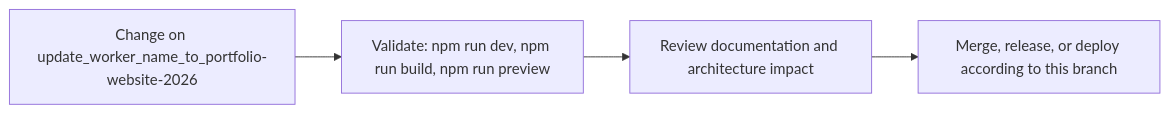
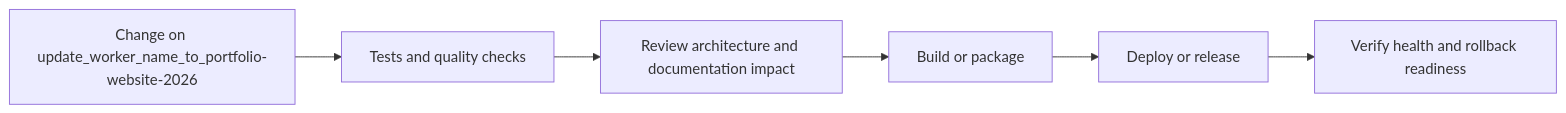
Before and after one commit to Nischhalsubba/nischhalsubba.com.np: the fourth of 5 diagrams in README.md, drawn with Mermaid. The commit also changed other lines of this file, not shown here.

````diff
--- a/README.md
+++ b/README.md
@@ -77,8 +155,8 @@
 ```mermaid
 flowchart LR
-    CHANGE["Change on update_worker_name_to_portfolio-website-2026"]
-    CHECK["Validate: npm run dev, npm run build, npm run preview"]
-    REVIEW["Review documentation and architecture impact"]
-    RELEASE["Merge, release, or deploy according to this branch"]
-    CHANGE --> CHECK --> REVIEW --> RELEASE
+    CHANGE["Change on update_worker_name_to_portfolio-website-2026"] --> CHECK["Tests and quality checks"]
+    CHECK --> REVIEW["Review architecture and documentation impact"]
+    REVIEW --> BUILD["Build or package"]
+    BUILD --> DEPLOY["Deploy or release"]
+    DEPLOY --> VERIFY["Verify health and rollback readiness"]
 ```
````
